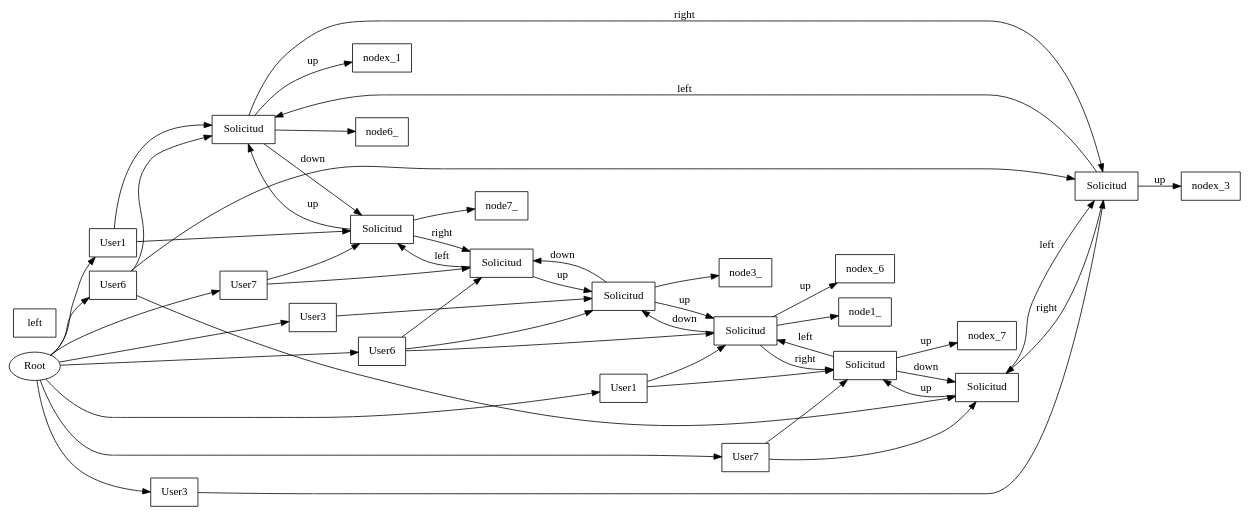
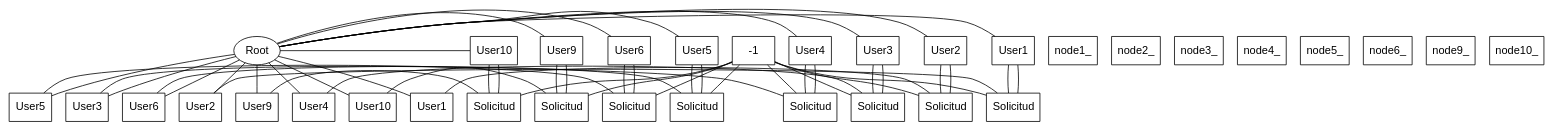
Before and after one commit to MReyes09/-EDD-Proyectos_202202233: the diagram in Proyecto Fase 1/report/matriz.dot, drawn with Graphviz. The commit also changed 18 other files, not shown here.

```diff
--- a/Proyecto Fase 1/report/matriz.dot
+++ b/Proyecto Fase 1/report/matriz.dot
@@ -1,69 +1,85 @@
-digraph G {
-node [shape=record];
-rankdir=LR;
-root [label="Root", shape=ellipse];
-col1 [label="User1", shape=box];
-root -> col1;
-col3 [label="User3", shape=box];
-root -> col3;
-col6 [label="User6", shape=box];
-root -> col6;
-col7 [label="User7", shape=box];
-root -> col7;
-row1 [label="User1", shape=box];
-root -> row1;
-row3 [label="User3", shape=box];
-root -> row3;
-row6 [label="User6", shape=box];
-root -> row6;
-row7 [label="User7", shape=box];
-root -> row7;
-node1_6 [label="Solicitud", shape=record];
-node1_6 -> nodex_6 [label="up"];
-node1_6 -> node3_6 [label="down"];
-node1_6 -> node1_-1 [label="left"];
-node1_6 -> node1_7 [label="right"];
-row1 -> node1_6;
-col6 -> node1_6;
-node1_7 [label="Solicitud", shape=record];
-node1_7 -> nodex_7 [label="up"];
-node1_7 -> node6_7 [label="down"];
-node1_7 -> node1_6 [label="left"];
-row1 -> node1_7;
-col7 -> node1_7;
-node3_6 [label="Solicitud", shape=record];
-node3_6 -> node1_6 [label="up"];
-node3_6 -> node7_6 [label="down"];
-node3_6 -> node3_-1 [label="left"];
-row3 -> node3_6;
-col6 -> node3_6;
-node6_1 [label="Solicitud", shape=record];
-node6_1 -> nodex_1 [label="up"];
-node6_1 -> node7_1 [label="down"];
-node6_1 -> node6_-1 [label="left"];
-node6_1 -> node6_3 [label="right"];
-row6 -> node6_1;
-col1 -> node6_1;
-node6_3 [label="Solicitud", shape=record];
-node6_3 -> nodex_3 [label="up"];
-node6_3 -> node6_1 [label="left"];
-node6_3 -> node6_7 [label="right"];
-row6 -> node6_3;
-col3 -> node6_3;
-node6_7 [label="Solicitud", shape=record];
-node6_7 -> node1_7 [label="up"];
-node6_7 -> node6_3 [label="left"];
-row6 -> node6_7;
-col7 -> node6_7;
-node7_1 [label="Solicitud", shape=record];
-node7_1 -> node6_1 [label="up"];
-node7_1 -> node7_-1 [label="left"];
-node7_1 -> node7_6 [label="right"];
-row7 -> node7_1;
-col1 -> node7_1;
-node7_6 [label="Solicitud", shape=record];
-node7_6 -> node3_6 [label="up"];
-node7_6 -> node7_1 [label="left"];
-row7 -> node7_6;
-col6 -> node7_6;
+digraph Sparce_Matrix {
+node [shape=box, fontname=Arial];
+root [label="Root", shape=ellipse, group=1];
+col1 [label=<User1>, shape=box, group=3];
+root -> col1 [dir=none];
+col2 [label=<User2>, shape=box, group=4];
+root -> col2 [dir=none];
+col3 [label=<User3>, shape=box, group=5];
+root -> col3 [dir=none];
+col4 [label=<User4>, shape=box, group=6];
+root -> col4 [dir=none];
+col5 [label=<User5>, shape=box, group=7];
+root -> col5 [dir=none];
+col6 [label=<User6>, shape=box, group=8];
+root -> col6 [dir=none];
+col9 [label=<User9>, shape=box, group=11];
+root -> col9 [dir=none];
+col10 [label=<User10>, shape=box, group=12];
+root -> col10 [dir=none];
+row1 [label=<User1>, shape=box, group=1];
+root -> row1 [dir=none];
+row2 [label=<User2>, shape=box, group=1];
+root -> row2 [dir=none];
+row3 [label=<User3>, shape=box, group=1];
+root -> row3 [dir=none];
+row4 [label=<User4>, shape=box, group=1];
+root -> row4 [dir=none];
+row5 [label=<User5>, shape=box, group=1];
+root -> row5 [dir=none];
+row6 [label=<User6>, shape=box, group=1];
+root -> row6 [dir=none];
+row9 [label=<User9>, shape=box, group=1];
+root -> row9 [dir=none];
+row10 [label=<User10>, shape=box, group=1];
+root -> row10 [dir=none];
+node1_2 [label=<Solicitud>, shape=box, group=4];
+col2 -> node1_2 [dir=none];
+node1_-1 -> node1_2 [dir=none];
+row1 -> node1_2 [dir=none];
+col2 -> node1_2 [dir=none];
+node2_1 [label=<Solicitud>, shape=box, group=3];
+col1 -> node2_1 [dir=none];
+node2_-1 -> node2_1 [dir=none];
+row2 -> node2_1 [dir=none];
+col1 -> node2_1 [dir=none];
+node3_4 [label=<Solicitud>, shape=box, group=6];
+col4 -> node3_4 [dir=none];
+node3_-1 -> node3_4 [dir=none];
+row3 -> node3_4 [dir=none];
+col4 -> node3_4 [dir=none];
+node4_3 [label=<Solicitud>, shape=box, group=5];
+col3 -> node4_3 [dir=none];
+node4_-1 -> node4_3 [dir=none];
+row4 -> node4_3 [dir=none];
+col3 -> node4_3 [dir=none];
+node5_6 [label=<Solicitud>, shape=box, group=8];
+col6 -> node5_6 [dir=none];
+node5_-1 -> node5_6 [dir=none];
+row5 -> node5_6 [dir=none];
+col6 -> node5_6 [dir=none];
+node6_5 [label=<Solicitud>, shape=box, group=7];
+col5 -> node6_5 [dir=none];
+node6_-1 -> node6_5 [dir=none];
+row6 -> node6_5 [dir=none];
+col5 -> node6_5 [dir=none];
+node9_10 [label=<Solicitud>, shape=box, group=12];
+col10 -> node9_10 [dir=none];
+node9_-1 -> node9_10 [dir=none];
+row9 -> node9_10 [dir=none];
+col10 -> node9_10 [dir=none];
+node10_9 [label=<Solicitud>, shape=box, group=11];
+col9 -> node10_9 [dir=none];
+node10_-1 -> node10_9 [dir=none];
+row10 -> node10_9 [dir=none];
+col9 -> node10_9 [dir=none];
+{ rank=same; root; col1; col2; col3; col4; col5; col6; col9; col10;}
+{ rank=same; row1;node1_2;}
+{ rank=same; row2;node2_1;}
+{ rank=same; row3;node3_4;}
+{ rank=same; row4;node4_3;}
+{ rank=same; row5;node5_6;}
+{ rank=same; row6;node6_5;}
+{ rank=same; row9;node9_10;}
+{ rank=same; row10;node10_9;}
 }
```
